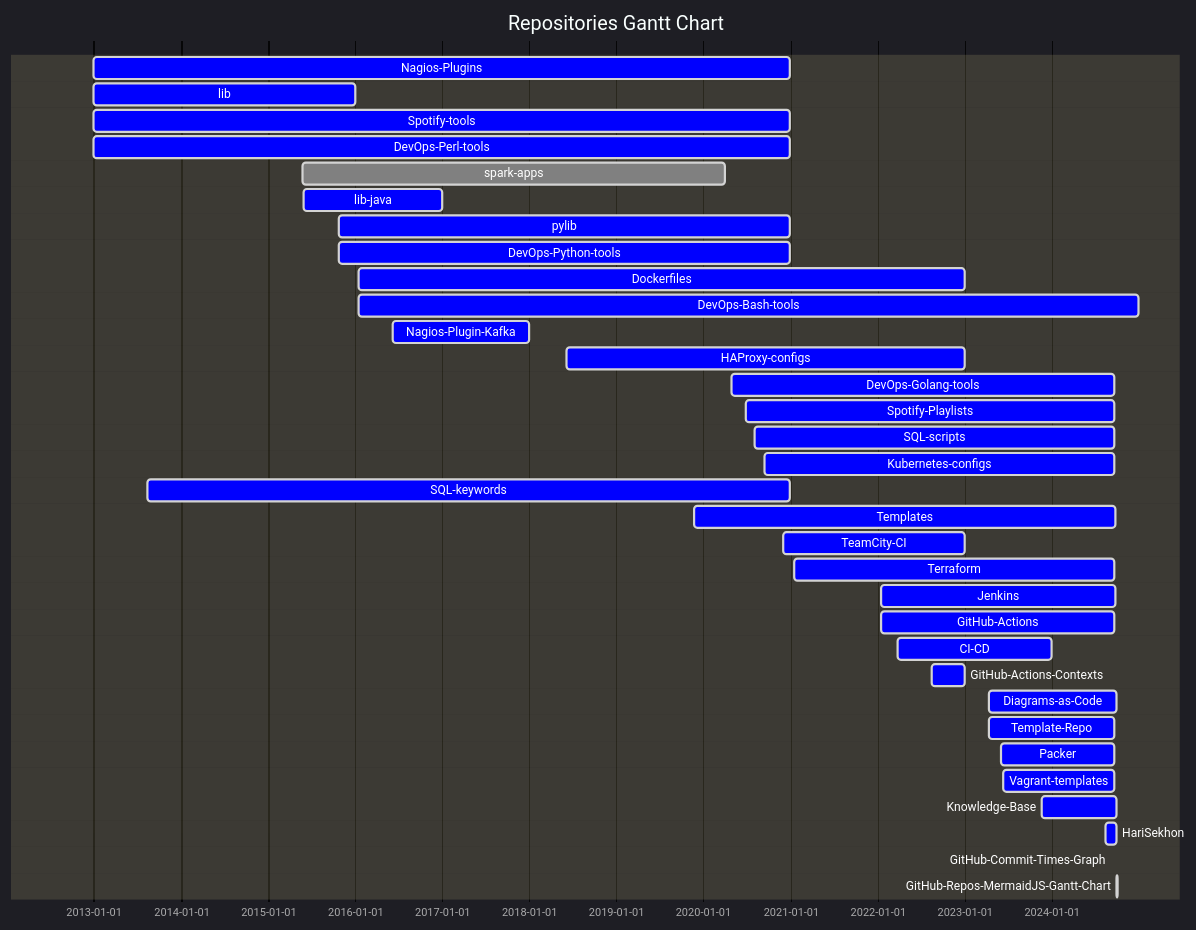
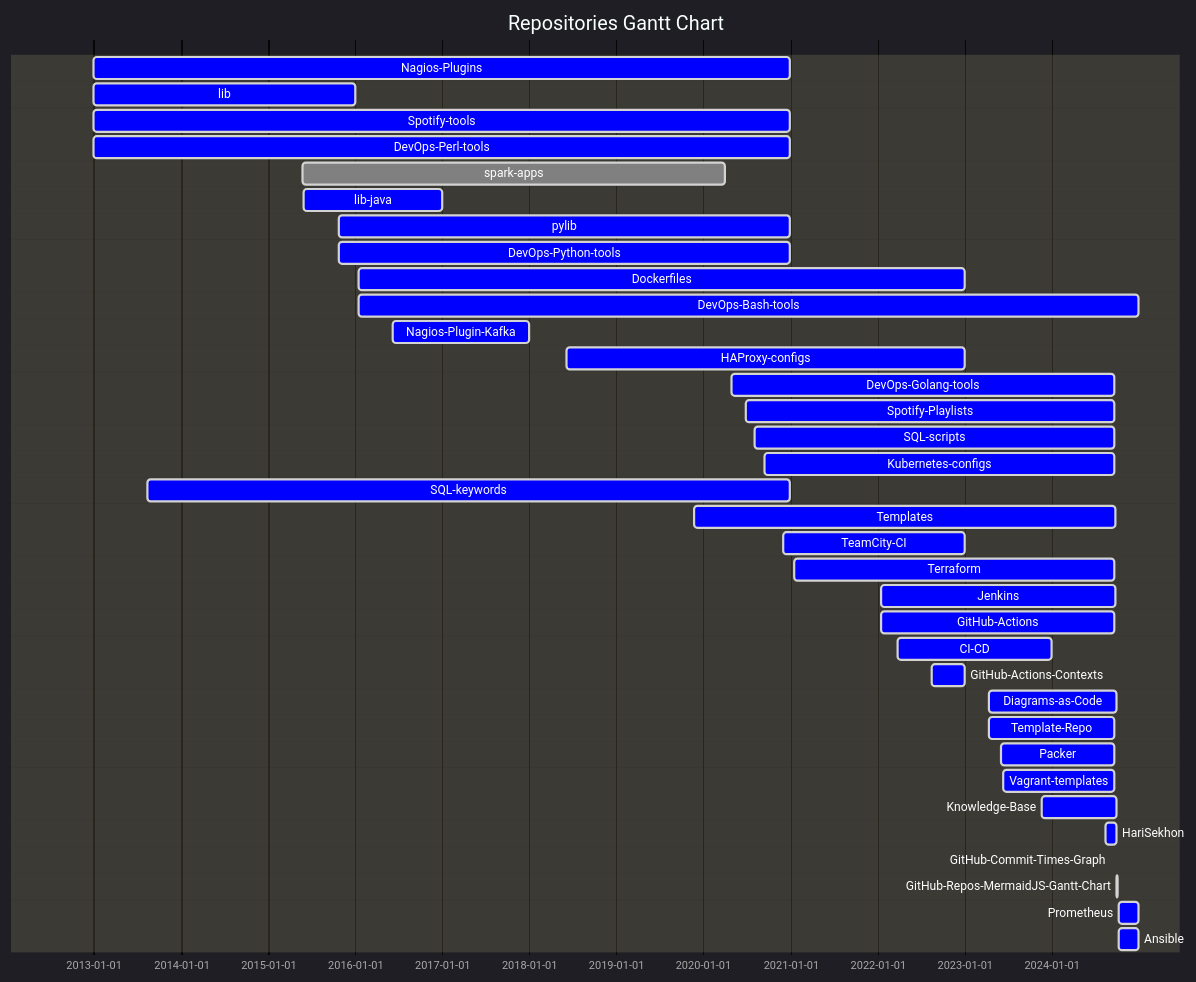
The first of 2 diagrams in README.md (HariSekhon/HariSekhon), drawn with Mermaid before and after one commit.

````diff
--- a/README.md
+++ b/README.md
@@ -266,55 +266,57 @@
 ```mermaid
 %%{ init: {
         "logLevel": "debug",
         'theme': 'dark',
         'themeVariables': {
           'activeTaskBkgColor': '#0000ff',
           'activeTaskBorderColor': 'lightgrey',
           'critBorderColor': 'lightgrey',
           'doneTaskBkgColor': 'grey',
           'doneTaskBorderColor': 'lightgrey',
           'taskBkgColor': 'black',
           'taskBorderColor': 'black',
           'taskTextColor': 'white',
           'taskTextDarkColor': 'white',
           'taskTextLightColor': 'black',
           'todayLineColor': 'red'
         }
     }
 }%%
 gantt
     dateFormat  YYYY-MM-DD
     title Repositories Gantt Chart
     Nagios-Plugins : active, 2012-12-30, 2020-12-31
     lib : active, 2012-12-30, 2015-12-31
     Spotify-tools : active, 2012-12-30, 2020-12-31
     DevOps-Perl-tools : active, 2012-12-30, 2020-12-31
     spark-apps : done, 2015-05-25, 2020-04-02
     lib-java : active, 2015-05-31, 2016-12-31
     pylib : active, 2015-10-27, 2020-12-31
     DevOps-Python-tools : active, 2015-10-27, 2020-12-31
     Dockerfiles : active, 2016-01-17, 2022-12-31
     DevOps-Bash-tools : active, 2016-01-17, 2024-12-31
     Nagios-Plugin-Kafka : active, 2016-06-07, 2017-12-31
     HAProxy-configs : active, 2018-06-08, 2022-12-31
     DevOps-Golang-tools : active, 2020-04-30, 2024-09-22
     Spotify-Playlists : active, 2020-06-29, 2024-09-22
     SQL-scripts : active, 2020-08-05, 2024-09-21
     Kubernetes-configs : active, 2020-09-16, 2024-09-21
     SQL-keywords : active, 2013-08-13, 2020-12-31
     Templates : active, 2019-11-25, 2024-09-25
     TeamCity-CI : active, 2020-12-03, 2022-12-31
     Terraform : active, 2021-01-18, 2024-09-21
     Jenkins : active, 2022-01-17, 2024-09-23
     GitHub-Actions : active, 2022-01-17, 2024-09-22
     CI-CD : active, 2022-03-25, 2023-12-31
     GitHub-Actions-Contexts : active, 2022-08-17, 2022-12-31
     Diagrams-as-Code : active, 2023-04-14, 2024-10-02
     Template-Repo : active, 2023-04-15, 2024-09-22
     Packer : active, 2023-06-02, 2024-09-21
     Vagrant-templates : active, 2023-06-12, 2024-09-21
     Knowledge-Base : active, 2023-11-22, 2024-09-29
     HariSekhon : active, 2024-08-14, 2024-10-02
     GitHub-Commit-Times-Graph : active, 2024-09-07, 2024-09-08
     GitHub-Repos-MermaidJS-Gantt-Chart : active, 2024-10-02, 2024-10-03
+    Prometheus : active, 2024-10-08, 2024-12-31
+    Ansible : active, 2024-10-08, 2024-12-31
 ```
````
